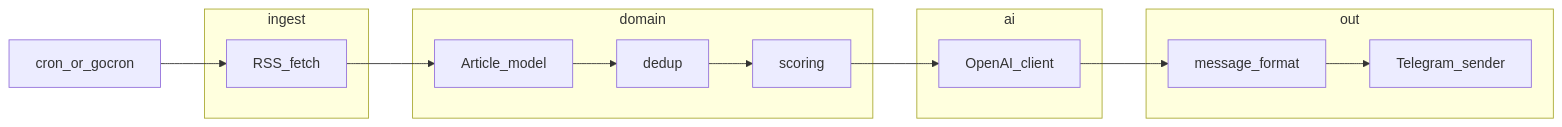
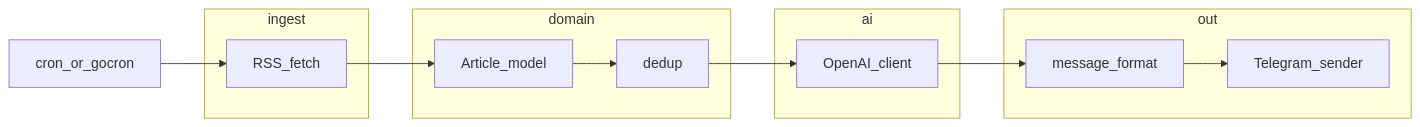
Before and after one commit to victorcesc/neurofeed: the diagram in .cursor/plans/neurofeed_go_plan_2338e2b3.plan.md, drawn with Mermaid. The commit also changed other lines of this file and 5 other files, not shown here.

````diff
--- a/.cursor/plans/neurofeed_go_plan_2338e2b3.plan.md
+++ b/.cursor/plans/neurofeed_go_plan_2338e2b3.plan.md
@@ -30,25 +30,23 @@
 ```mermaid
 flowchart LR
   subgraph ingest [ingest]
     RSS[RSS_fetch]
   end
   subgraph domain [domain]
     Article[Article_model]
     Dedup[dedup]
-    Score[scoring]
   end
   subgraph ai [ai]
     OpenAI[OpenAI_client]
   end
   subgraph out [out]
     TG[Telegram_sender]
     Format[message_format]
   end
   cron[cron_or_gocron] --> RSS
   RSS --> Article
   Article --> Dedup
-  Dedup --> Score
-  Score --> OpenAI
+  Dedup --> OpenAI
   OpenAI --> Format
   Format --> TG
 ```
````
